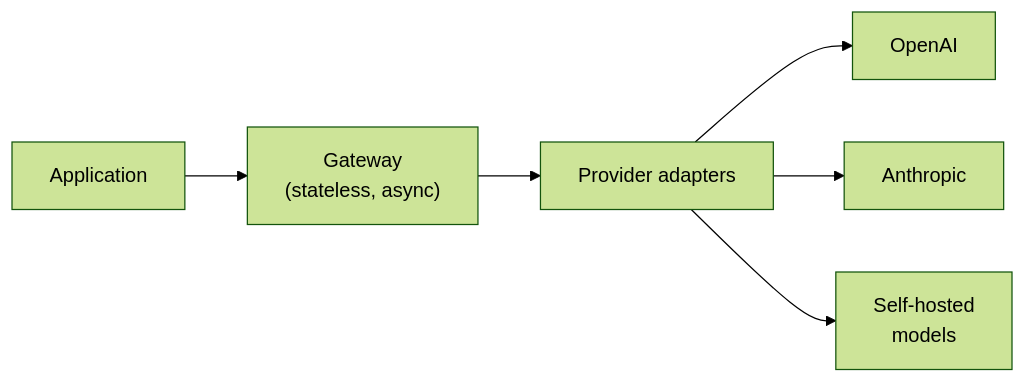
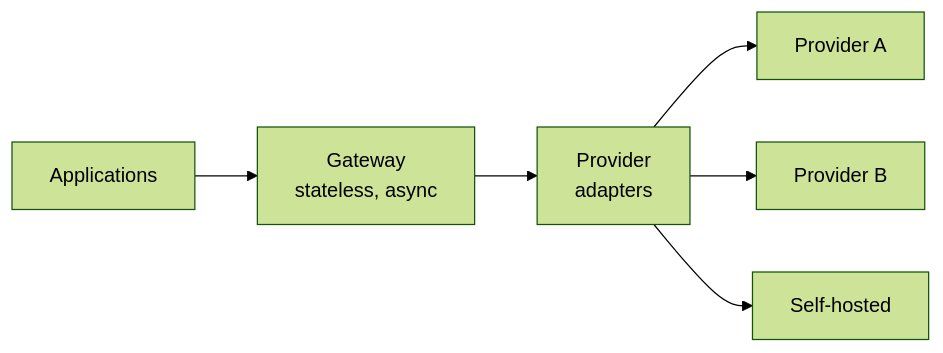
One commit to shubamchaudhary/CodeNITW changed the first of 3 diagrams in src/Data/aiStackDocs/DP-05.md. Above: the diagram before and after it, drawn with Mermaid (forest theme). The commit also changed other lines of this file and 15 other files, not shown here.

````diff
--- a/src/Data/aiStackDocs/DP-05.md
+++ b/src/Data/aiStackDocs/DP-05.md
@@ -73,8 +61,8 @@
 ```mermaid
 flowchart LR
-    APP["Application"] --> GW["Gateway<br/>(stateless, async)"]
-    GW --> AD["Provider adapters"]
-    AD --> P1["OpenAI"]
-    AD --> P2["Anthropic"]
-    AD --> P3["Self-hosted<br/>models"]
+    APP["Applications"] --> GW["Gateway<br/>stateless, async"]
+    GW --> AD["Provider<br/>adapters"]
+    AD --> P1["Provider A"]
+    AD --> P2["Provider B"]
+    AD --> P3["Self-hosted"]
 ```
````
